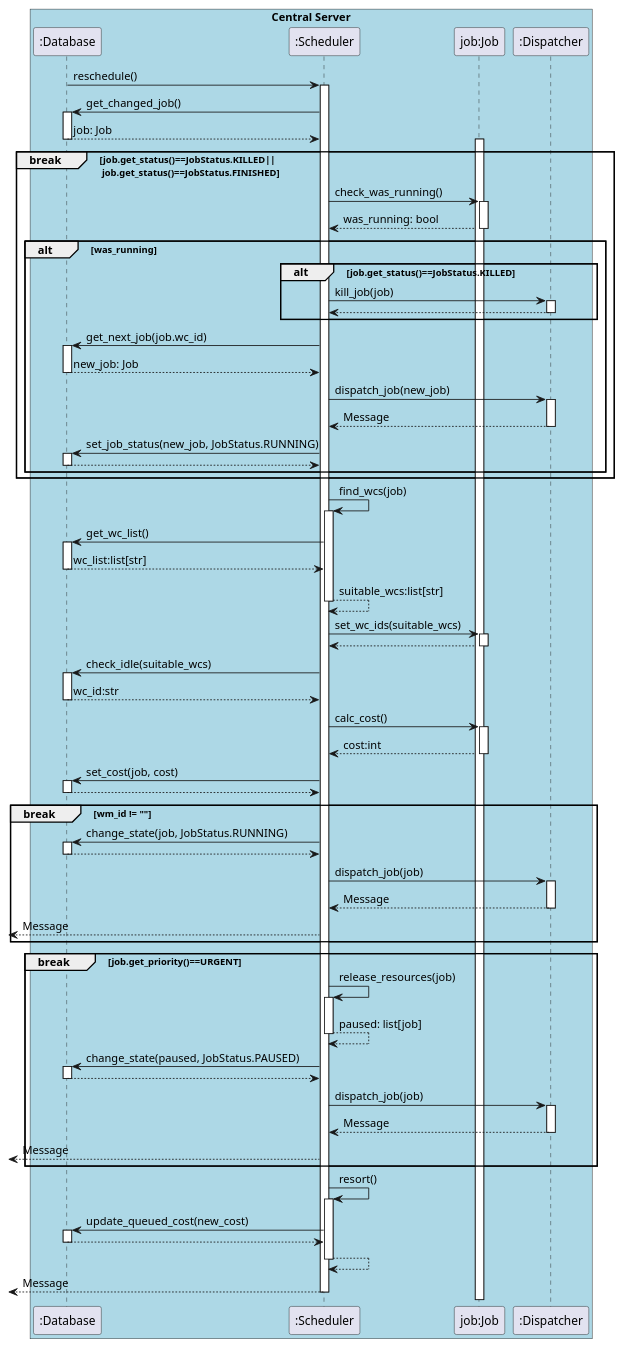
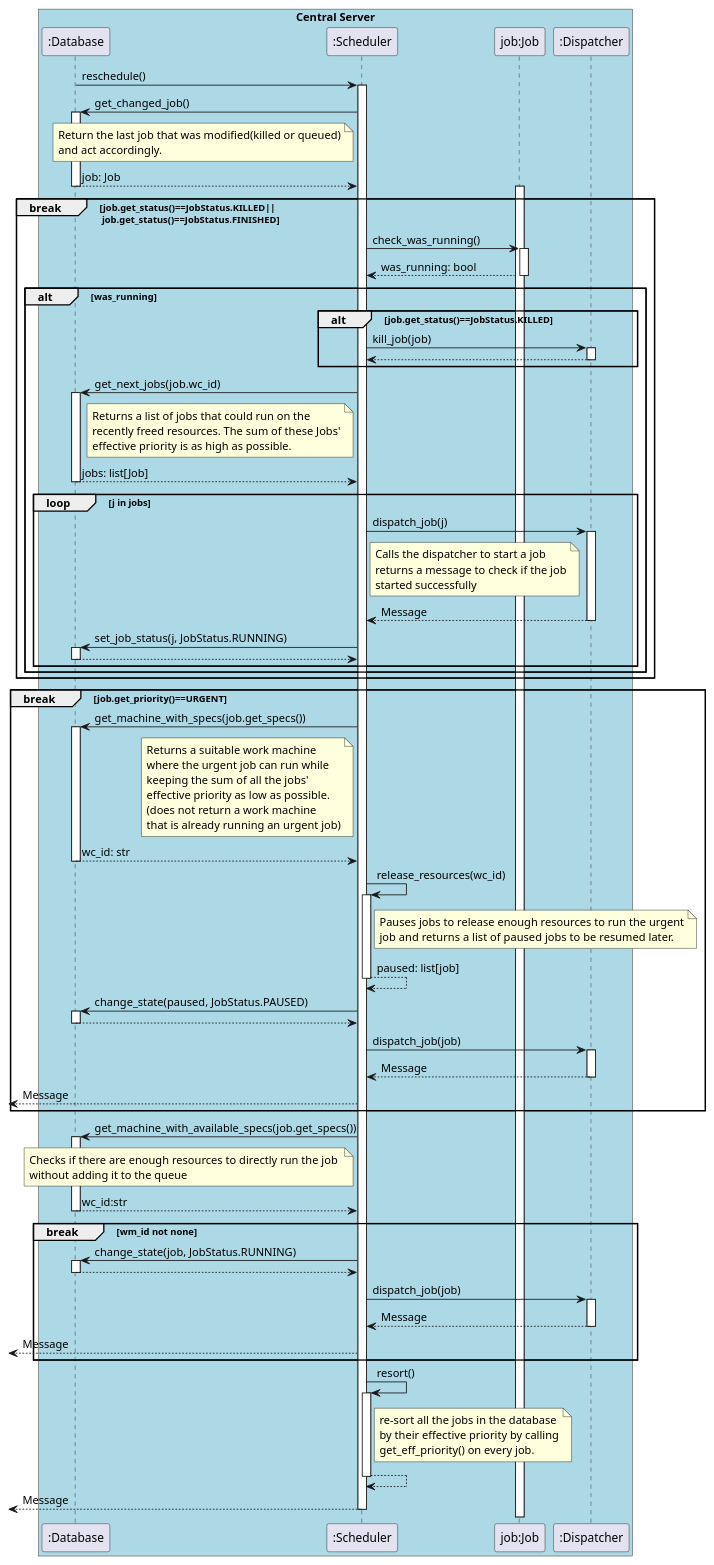
Before and after one commit to DistributedTaskScheduling/documentation: the diagram in design/sequence/scheduler-low.puml, drawn with PlantUML.

```diff
--- a/design/sequence/scheduler-low.puml
+++ b/design/sequence/scheduler-low.puml
@@ -1,86 +1,112 @@
 @startuml
 
 box "Central Server" #Lightblue
     participant ":Database"
     participant ":Scheduler"
     participant "job:Job"
     participant ":Dispatcher"
 end box
 
 
 ":Database" -> ":Scheduler" ++: reschedule()
 ":Scheduler" -> ":Database" ++: get_changed_job()
+note left of ":Scheduler"
+    Return the last job that was modified(killed or queued)
+    and act accordingly.
+end note
+
 ":Database" --> ":Scheduler" --: job: Job
 activate "job:Job"
 
 
 break job.get_status()==JobStatus.KILLED||\n job.get_status()==JobStatus.FINISHED
     ":Scheduler" -> "job:Job" ++:check_was_running()
     "job:Job" --> ":Scheduler" --: was_running: bool
 
     alt was_running
         alt job.get_status()==JobStatus.KILLED
             ":Scheduler" -> ":Dispatcher" ++: kill_job(job)
             ":Dispatcher" --> ":Scheduler" --
         end
-        ":Scheduler" -> ":Database" ++: get_next_job(job.wc_id)
-        ":Database" --> ":Scheduler" --: new_job: Job
-        ":Scheduler" -> ":Dispatcher" ++ : dispatch_job(new_job)
-        ":Dispatcher" --> ":Scheduler" --:Message
-        ":Scheduler" -> ":Database"++: set_job_status(new_job, JobStatus.RUNNING)
-        ":Database" --> ":Scheduler" --
+        ":Scheduler" -> ":Database" ++: get_next_jobs(job.wc_id)
+        note left of ":Scheduler"
+            Returns a list of jobs that could run on the 
+            recently freed resources. The sum of these Jobs'
+            effective priority is as high as possible.
+        end note
+
+        ":Database" --> ":Scheduler" --: jobs: list[Job]
+        loop j in jobs
+            ":Scheduler" -> ":Dispatcher" ++ : dispatch_job(j)
+            note right of ":Scheduler"
+                Calls the dispatcher to start a job
+                returns a message to check if the job
+                started successfully
+            end note
+            ":Dispatcher" --> ":Scheduler" --:Message
+            ":Scheduler" -> ":Database"++: set_job_status(j, JobStatus.RUNNING)
+            ":Database" --> ":Scheduler" --
+        end    
     end
 end
 
-":Scheduler" -> ":Scheduler" ++: find_wcs(job)
-":Scheduler" -> ":Database" ++: get_wc_list()
-":Database" --> ":Scheduler" --: wc_list:list[str]
-":Scheduler" --> ":Scheduler" --: suitable_wcs:list[str]
+break  job.get_priority()==URGENT
+    ":Scheduler" -> ":Database" ++: get_machine_with_specs(job.get_specs())
+    note left of ":Scheduler"
+        Returns a suitable work machine 
+        where the urgent job can run while
+        keeping the sum of all the jobs'
+        effective priority as low as possible.
+        (does not return a work machine
+        that is already running an urgent job)
+    end note
+    ":Database" --> ":Scheduler" --: wc_id: str
+    ":Scheduler" -> ":Scheduler" ++: release_resources(wc_id)
+    note right of  ":Scheduler"
+        Pauses jobs to release enough resources to run the urgent
+        job and returns a list of paused jobs to be resumed later.
+    end note
+    ":Scheduler" --> ":Scheduler" -- : paused: list[job]
+    ":Scheduler" -> ":Database" ++: change_state(paused, JobStatus.PAUSED)
+    ":Database" --> ":Scheduler" --:
 
-":Scheduler" -> "job:Job" ++: set_wc_ids(suitable_wcs)
-"job:Job" --> ":Scheduler" --:
+    ":Scheduler" -> ":Dispatcher" ++: dispatch_job(job)
+
+    ":Scheduler" <-- ":Dispatcher" --: Message
+    <-- ":Scheduler" : Message
+end
 
 
-":Scheduler" -> ":Database" ++: check_idle(suitable_wcs)
+":Scheduler" -> ":Database" ++: get_machine_with_available_specs(job.get_specs())
+    note left of ":Scheduler"
+        Checks if there are enough resources to directly run the job 
+        without adding it to the queue
+    end note
 ":Database" --> ":Scheduler" --: wc_id:str
 
-":Scheduler" -> "job:Job" ++: calc_cost()
-"job:Job" --> ":Scheduler" --: cost:int
-":Scheduler" -> ":Database" ++ : set_cost(job, cost)
-":Database" --> ":Scheduler" -- 
-break wm_id != ""
+break wm_id not none
 
     ":Scheduler" -> ":Database" ++: change_state(job, JobStatus.RUNNING)
     ":Database" --> ":Scheduler" --:
 
     ":Scheduler" -> ":Dispatcher" ++: dispatch_job(job)
     ":Dispatcher" --> ":Scheduler" -- : Message
     <-- ":Scheduler" : Message
 end
 
 
-break  job.get_priority()==URGENT
-    ":Scheduler" -> ":Scheduler" ++: release_resources(job)
-    ":Scheduler" --> ":Scheduler" -- : paused: list[job]
-    ":Scheduler" -> ":Database" ++: change_state(paused, JobStatus.PAUSED)
-    ":Database" --> ":Scheduler" --:
-
-    ":Scheduler" -> ":Dispatcher" ++: dispatch_job(job)
-
-    ":Scheduler" <-- ":Dispatcher" --: Message
-    <-- ":Scheduler" : Message
-
-end
 
 ":Scheduler" -> ":Scheduler" ++: resort()
-":Scheduler" -> ":Database" ++: update_queued_cost(new_cost)
-":Database" --> ":Scheduler" --: 
-
+    note right of ":Scheduler"
+        re-sort all the jobs in the database
+        by their effective priority by calling
+        get_eff_priority() on every job.
+    end note
 ":Scheduler" --> ":Scheduler" --:
 
 
 
      <-- ":Scheduler" : Message
 deactivate ":Scheduler"
 
 @enduml
```
